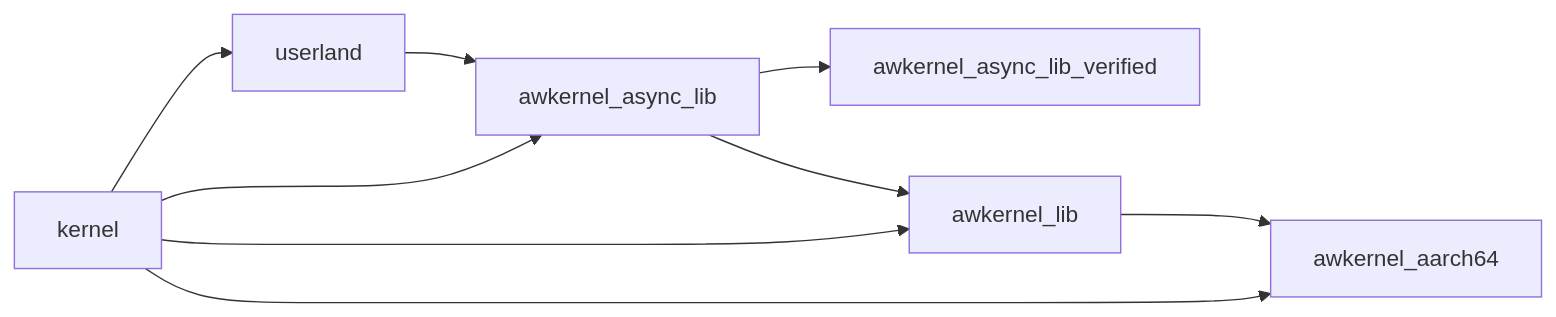
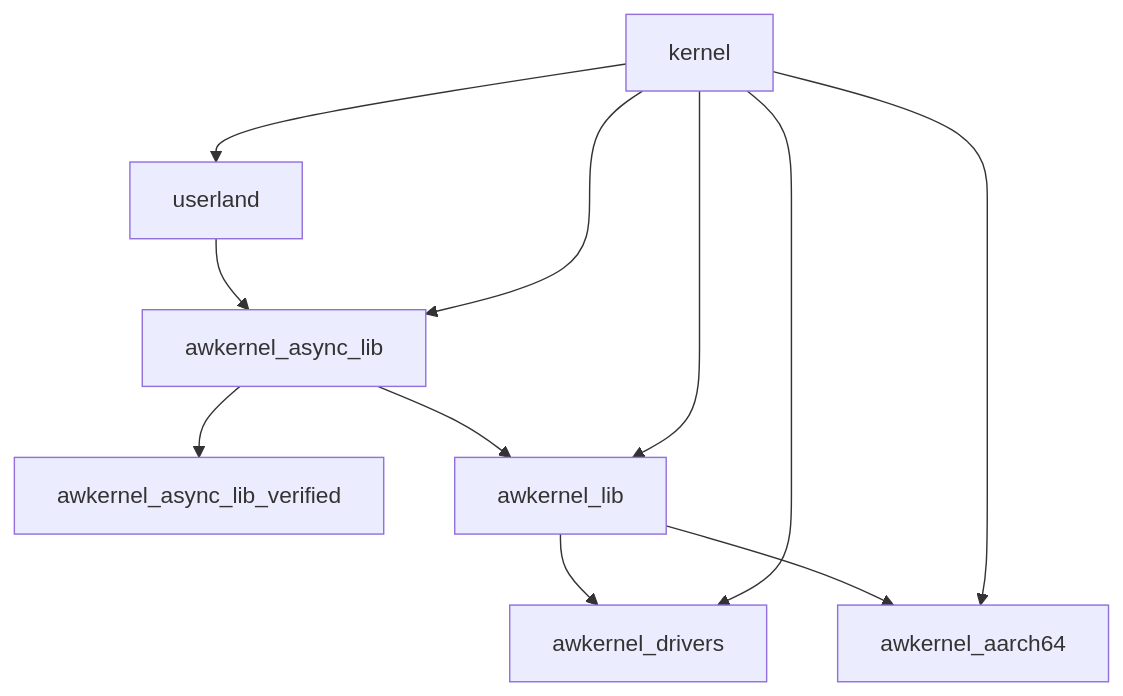
The diagram in README.md (tier4/awkernel), drawn with Mermaid before and after one commit. The commit also changed other lines of this file and 14 other files, not shown here.

````diff
--- a/README.md
+++ b/README.md
@@ -54,11 +54,13 @@
 ```mermaid
-graph LR;
+graph TD;
     awkernel_async_lib-->awkernel_async_lib_verified;
+    awkernel_lib-->awkernel_drivers;
     awkernel_lib-->awkernel_aarch64;
     awkernel_async_lib-->awkernel_lib;
     userland-->awkernel_async_lib;
     kernel-->awkernel_lib;
     kernel-->awkernel_async_lib;
     kernel-->awkernel_aarch64;
+    kernel-->awkernel_drivers;
     kernel-->userland;
 ```
````
